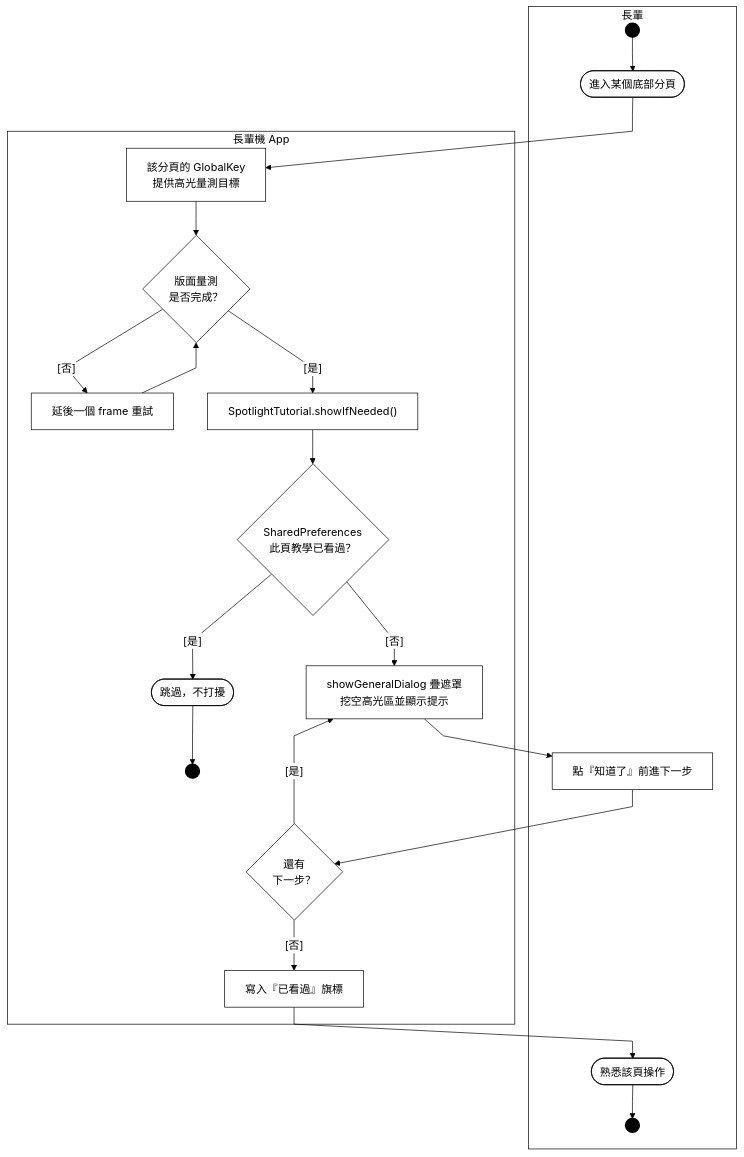
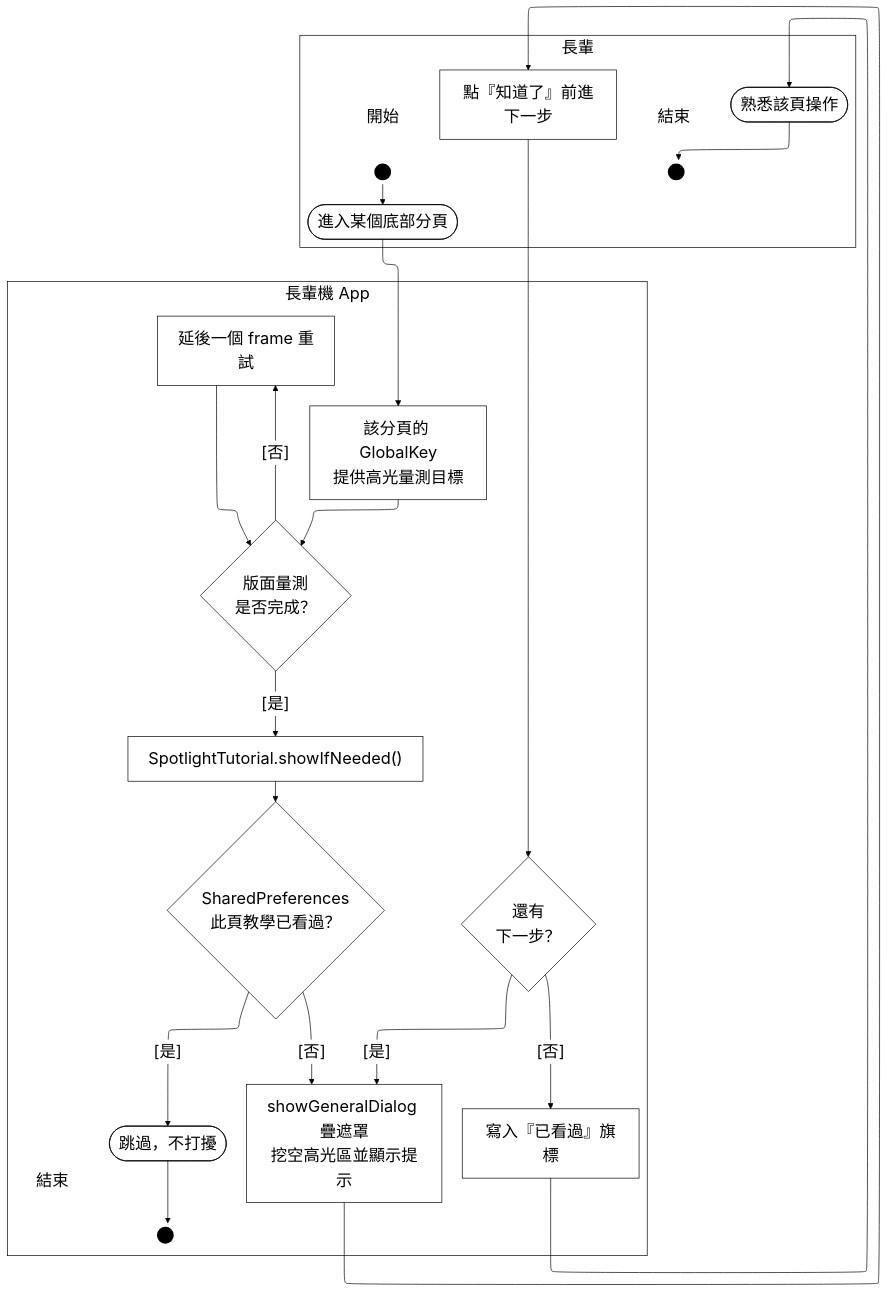
Before and after one commit to HuangYu-Kai/Uban: the diagram in Uban System Documents/mermaid原始碼/A09-新手引導.mmd, drawn with Mermaid. The commit also changed 37 other files, not shown here.

First line of the commit message:
圖表：改用 ELK 正交路由、字體放大到 24px、起訖點加上開始與結束標註

```diff
--- a/Uban System Documents/mermaid原始碼/A09-新手引導.mmd
+++ b/Uban System Documents/mermaid原始碼/A09-新手引導.mmd
@@ -1,43 +1,52 @@
-%%{init:{"flowchart":{"curve":"linear","htmlLabels":true},"themeVariables":{"clusterBkg":"#FFFFFF","clusterBorder":"#000000","edgeLabelBackground":"#FFFFFF","textColor":"#000000","nodeTextColor":"#000000","titleColor":"#000000","lineColor":"#000000"}}}%%
+%%{init:{"layout":"elk","elk":{"mergeEdges":false},"flowchart":{"htmlLabels":true},"themeVariables":{"clusterBkg":"#FFFFFF","clusterBorder":"#000000","edgeLabelBackground":"#FFFFFF","textColor":"#000000","nodeTextColor":"#000000","titleColor":"#000000","lineColor":"#000000","fontSize":"24px"}}}%%
 flowchart TD
   subgraph ROLE["長輩"]
+    LS_S1["開始"]:::lbl
     ST_S1(("&nbsp;")):::term
     S1([進入某個底部分頁]):::act
     S2["點『知道了』前進下一步"]:::act
     S3(["熟悉該頁操作"]):::act
+    LE_S3["結束"]:::lbl
     EN_S3(("&nbsp;")):::term
   end
   subgraph FE["長輩機 App"]
     A1["該分頁的 GlobalKey<br/>提供高光量測目標"]:::act
     A2{"版面量測<br/>是否完成？"}:::dec
     A3["延後一個 frame 重試"]:::act
     A4["SpotlightTutorial.showIfNeeded()"]:::act
     A5{"SharedPreferences<br/>此頁教學已看過？"}:::dec
     A6["showGeneralDialog 疊遮罩<br/>挖空高光區並顯示提示"]:::act
     A7{"還有<br/>下一步？"}:::dec
     A8["寫入『已看過』旗標"]:::act
     A9(["跳過，不打擾"]):::act
+    LE_A9["結束"]:::lbl
     EN_A9(("&nbsp;")):::term
   end
 
+  LS_S1 ~~~ ST_S1
   ST_S1 --> S1
   S1 --> A1
   A1 --> A2
   A2 -->|"[否]"| A3
   A3 --> A2
   A2 -->|"[是]"| A4
   A4 --> A5
   A5 -->|"[是]"| A9
   A5 -->|"[否]"| A6
   A6 --> S2
   S2 --> A7
   A7 -->|"[是]"| A6
   A7 -->|"[否]"| A8
   A8 --> S3
   S3 --> EN_S3
+  LE_S3 ~~~ EN_S3
   A9 --> EN_A9
+  LE_A9 ~~~ EN_A9
+  %% 鎖住泳道順序：ELK 不照宣告順序排，沒有這條鏈後端會跑到最上面
+  ROLE ~~~ FE
 
   classDef act  fill:#FFFFFF,stroke:#000000,stroke-width:1px,color:#000000
   classDef dec  fill:#FFFFFF,stroke:#000000,stroke-width:1px,color:#000000
   classDef term fill:#000000,stroke:#000000,stroke-width:3px,color:#000000
   classDef gap  fill:#FFFFFF,stroke:#000000,stroke-width:1px,color:#000000,stroke-dasharray:4 3
+  classDef lbl  fill:none,stroke:none,color:#000000
```
